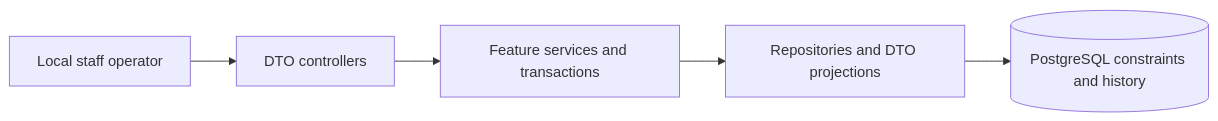
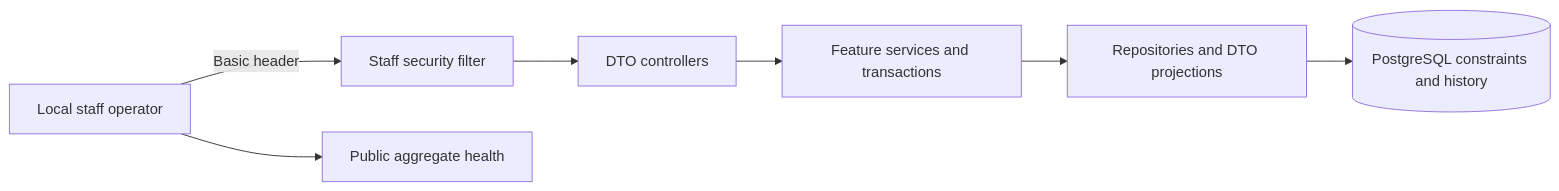
The diagram in reports/final-report.md (komayl-dbouk/Equipment-Lending-System), drawn with Mermaid before and after one commit. The commit also changed other lines of this file and 6 other files, not shown here.

````diff
--- a/reports/final-report.md
+++ b/reports/final-report.md
@@ -36,7 +44,9 @@
 ```mermaid
 flowchart LR
-  Operator[Local staff operator] --> API[DTO controllers]
+  Operator[Local staff operator] -->|Basic header| Security[Staff security filter]
+  Security --> API[DTO controllers]
+  Operator --> Health[Public aggregate health]
   API --> Services[Feature services and transactions]
   Services --> Repositories[Repositories and DTO projections]
   Repositories --> Database[(PostgreSQL constraints and history)]
 ```
````
